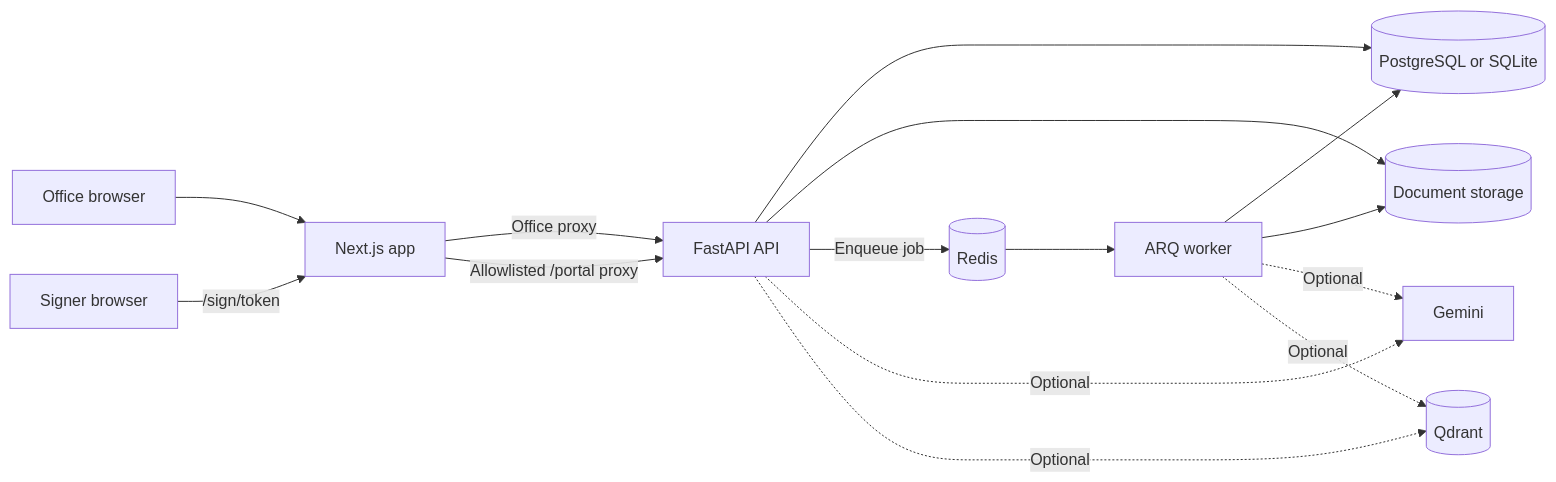
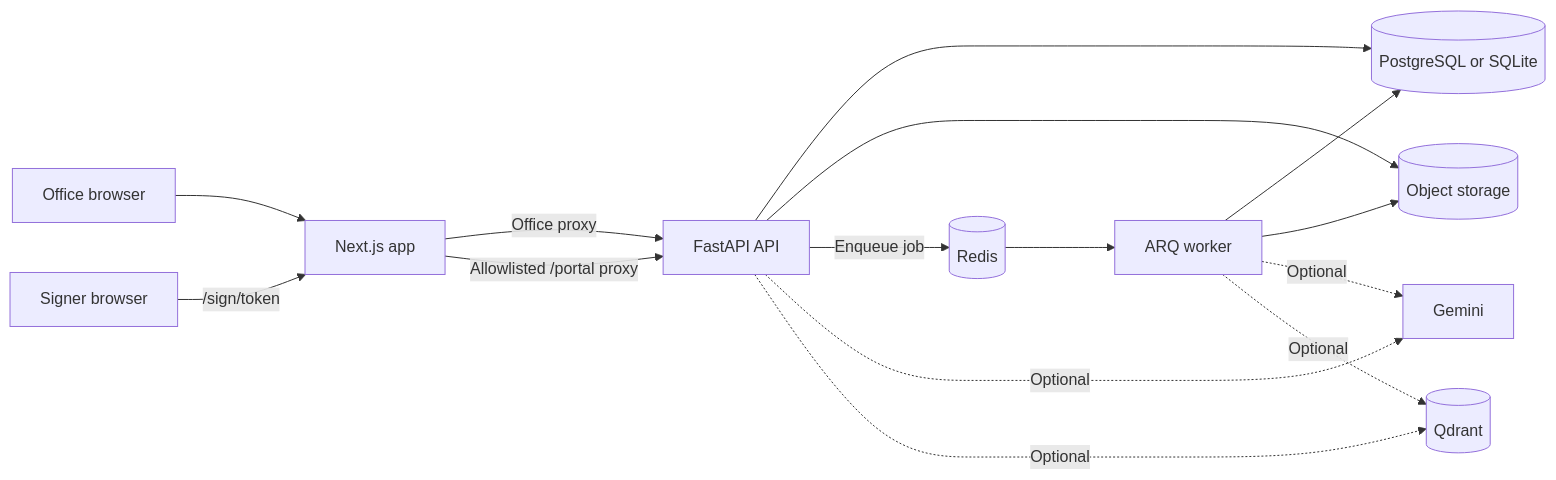
Before and after one commit to Or508/DocketAI: the diagram in README.md, drawn with Mermaid. The commit also changed other lines of this file and 29 other files, not shown here.

````diff
--- a/README.md
+++ b/README.md
@@ -41,17 +41,17 @@
 ```mermaid
 flowchart LR
     Office["Office browser"] --> Web["Next.js app"]
     Signer["Signer browser"] -->|"/sign/token"| Web
     Web -->|"Office proxy"| API["FastAPI API"]
     Web -->|"Allowlisted /portal proxy"| API
     API --> DB[("PostgreSQL or SQLite")]
-    API --> Files[("Document storage")]
+    API --> Files[("Object storage")]
     API -->|"Enqueue job"| Redis[("Redis")]
     Redis --> Worker["ARQ worker"]
     Worker --> DB
     Worker --> Files
     API -.->|"Optional"| Gemini["Gemini"]
     Worker -.->|"Optional"| Gemini
     Worker -.->|"Optional"| Qdrant[("Qdrant")]
     API -.->|"Optional"| Qdrant
 ```
````
